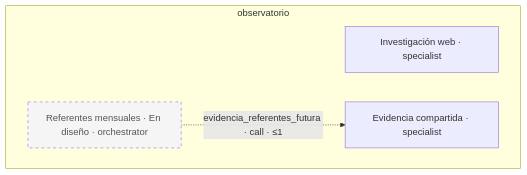
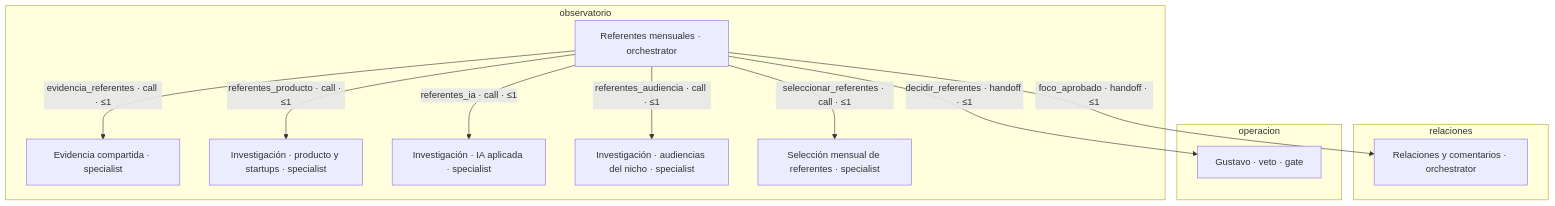
Before and after one commit to gustavop-dev/barrio-ai: the tenth of 14 diagrams in docs/arquitectura/grafo.md, drawn with Mermaid. The commit also changed other lines of this file and 63 other files, not shown here.

First line of the commit message:
Fase 5: revisión mensual de referentes (5 protegidos + 10 gestionados) (#83)

````diff
--- a/docs/arquitectura/grafo.md
+++ b/docs/arquitectura/grafo.md
@@ -373,11 +389,25 @@
 ```mermaid
 flowchart TD
   classDef planned stroke-dasharray: 5 5,fill:#f5f5f5,color:#555;
+  subgraph grupo_relaciones["relaciones"]
+    relaciones_comunidad["Relaciones y comentarios · orchestrator"]
+  end
+  subgraph grupo_operacion["operacion"]
+    gustavo["Gustavo · veto · gate"]
+  end
   subgraph grupo_observatorio["observatorio"]
-    investigacion_web["Investigación web · specialist"]
-    investigador_lider["Referentes mensuales · En diseño · orchestrator"]
-    class investigador_lider planned;
+    investigador_lider["Referentes mensuales · orchestrator"]
     evidencia_compartida["Evidencia compartida · specialist"]
+    investigador_producto["Investigación · producto y startups · specialist"]
+    investigador_ia["Investigación · IA aplicada · specialist"]
+    investigador_audiencia["Investigación · audiencias del nicho · specialist"]
+    seleccion_referentes["Selección mensual de referentes · specialist"]
   end
-  investigador_lider -.->|"evidencia_referentes_futura · call · ≤1"| evidencia_compartida
+  investigador_lider -->|"evidencia_referentes · call · ≤1"| evidencia_compartida
+  investigador_lider -->|"referentes_producto · call · ≤1"| investigador_producto
+  investigador_lider -->|"referentes_ia · call · ≤1"| investigador_ia
+  investigador_lider -->|"referentes_audiencia · call · ≤1"| investigador_audiencia
+  investigador_lider -->|"seleccionar_referentes · call · ≤1"| seleccion_referentes
+  investigador_lider -->|"decidir_referentes · handoff · ≤1"| gustavo
+  investigador_lider -->|"foco_aprobado · handoff · ≤1"| relaciones_comunidad
 ```
````
